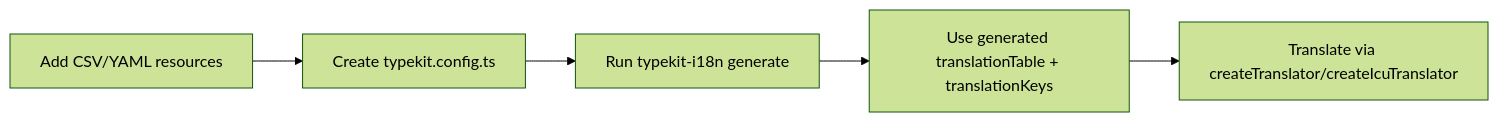
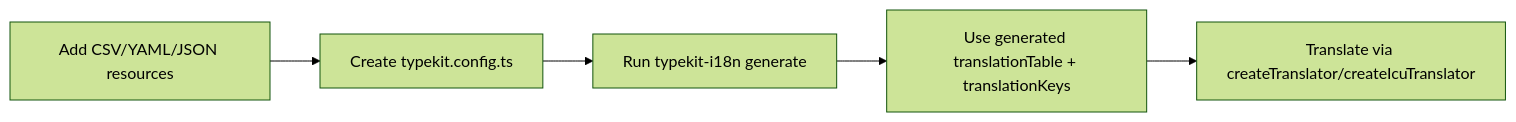
The diagram in apps/docs-site/docs/getting-started.md (Michael--/typekit-i18n), drawn with Mermaid (forest theme) before and after one commit. The commit also changed 9 other files, not shown here.

````diff
--- a/apps/docs-site/docs/getting-started.md
+++ b/apps/docs-site/docs/getting-started.md
@@ -110,7 +110,7 @@
 ```mermaid
 flowchart LR
-  A["Add CSV/YAML resources"] --> B["Create typekit.config.ts"]
+  A["Add CSV/YAML/JSON resources"] --> B["Create typekit.config.ts"]
   B --> C["Run typekit-i18n generate"]
   C --> D["Use generated translationTable + translationKeys"]
   D --> E["Translate via createTranslator/createIcuTranslator"]
 ```
````
